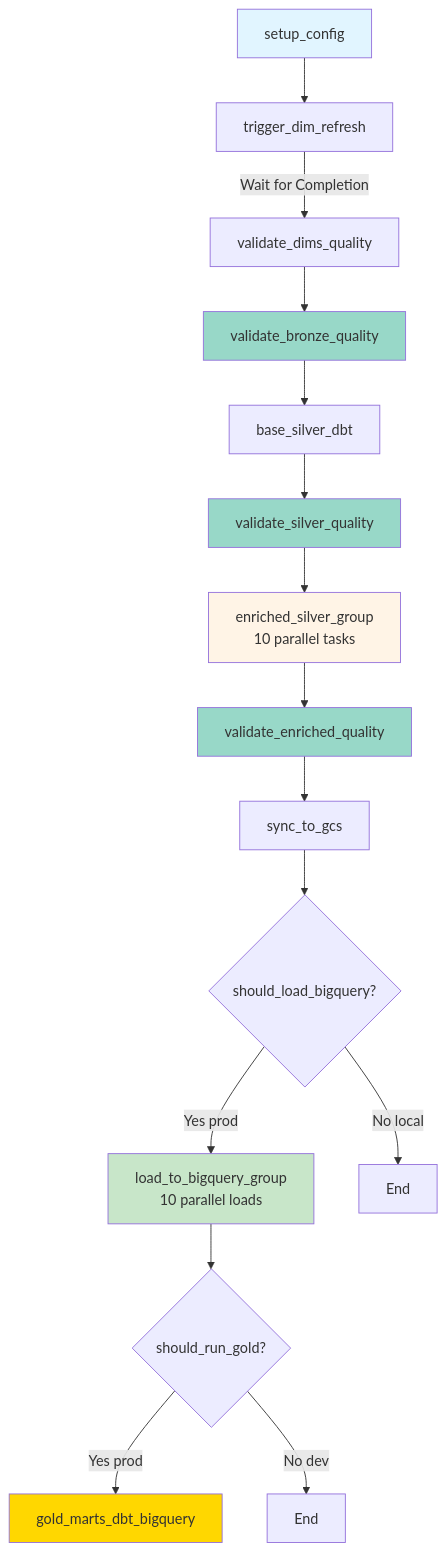
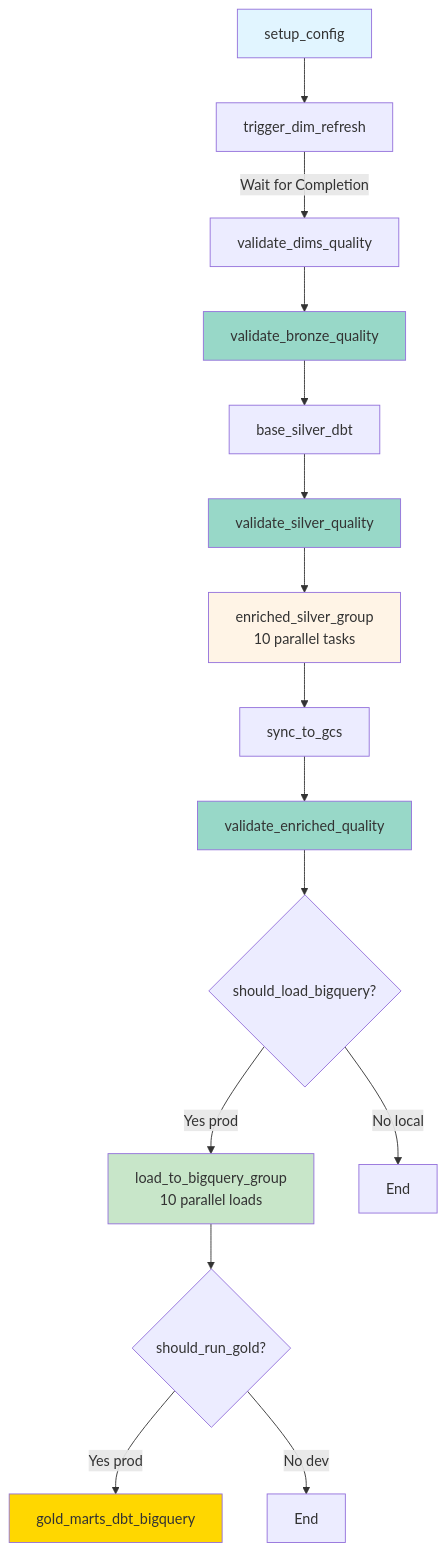
The sixth of 8 diagrams in docs/resources/ARCHITECTURE.md (G-Schumacher44/ecom_datalake_pipelines), drawn with Mermaid before and after one commit. The commit also changed 4 other files, not shown here.

````diff
--- a/docs/resources/ARCHITECTURE.md
+++ b/docs/resources/ARCHITECTURE.md
@@ -401,25 +401,25 @@
 ```mermaid
 flowchart TD
     A[setup_config] --> B[trigger_dim_refresh]
     B -->|Wait for Completion| C[validate_dims_quality]
     C --> D[validate_bronze_quality]
     D --> E[base_silver_dbt]
     E --> F[validate_silver_quality]
     F --> G[enriched_silver_group<br/>10 parallel tasks]
-    G --> H[validate_enriched_quality]
-    H --> I[sync_to_gcs]
+    G --> H[sync_to_gcs]
+    H --> I[validate_enriched_quality]
     I --> J{should_load_bigquery?}
     J -->|Yes prod| K[load_to_bigquery_group<br/>10 parallel loads]
     J -->|No local| Z1[End]
     K --> L{should_run_gold?}
     L -->|Yes prod| M[gold_marts_dbt_bigquery]
     L -->|No dev| Z2[End]
 
     style A fill:#e1f5ff
     style D fill:#98d8c8
     style F fill:#98d8c8
-    style H fill:#98d8c8
+    style I fill:#98d8c8
     style G fill:#fff4e6
     style K fill:#c8e6c9
     style M fill:#ffd700
 ```
````
